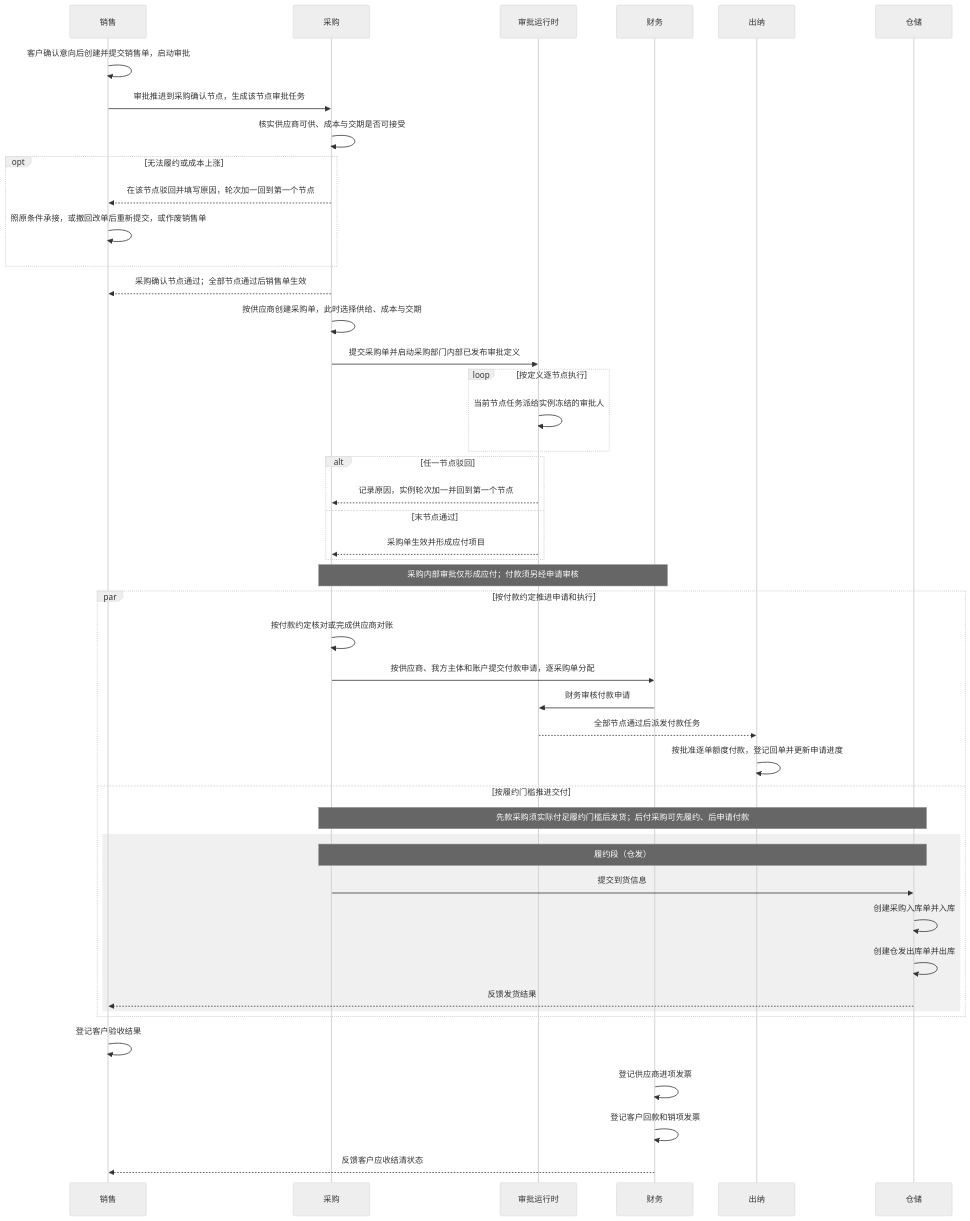
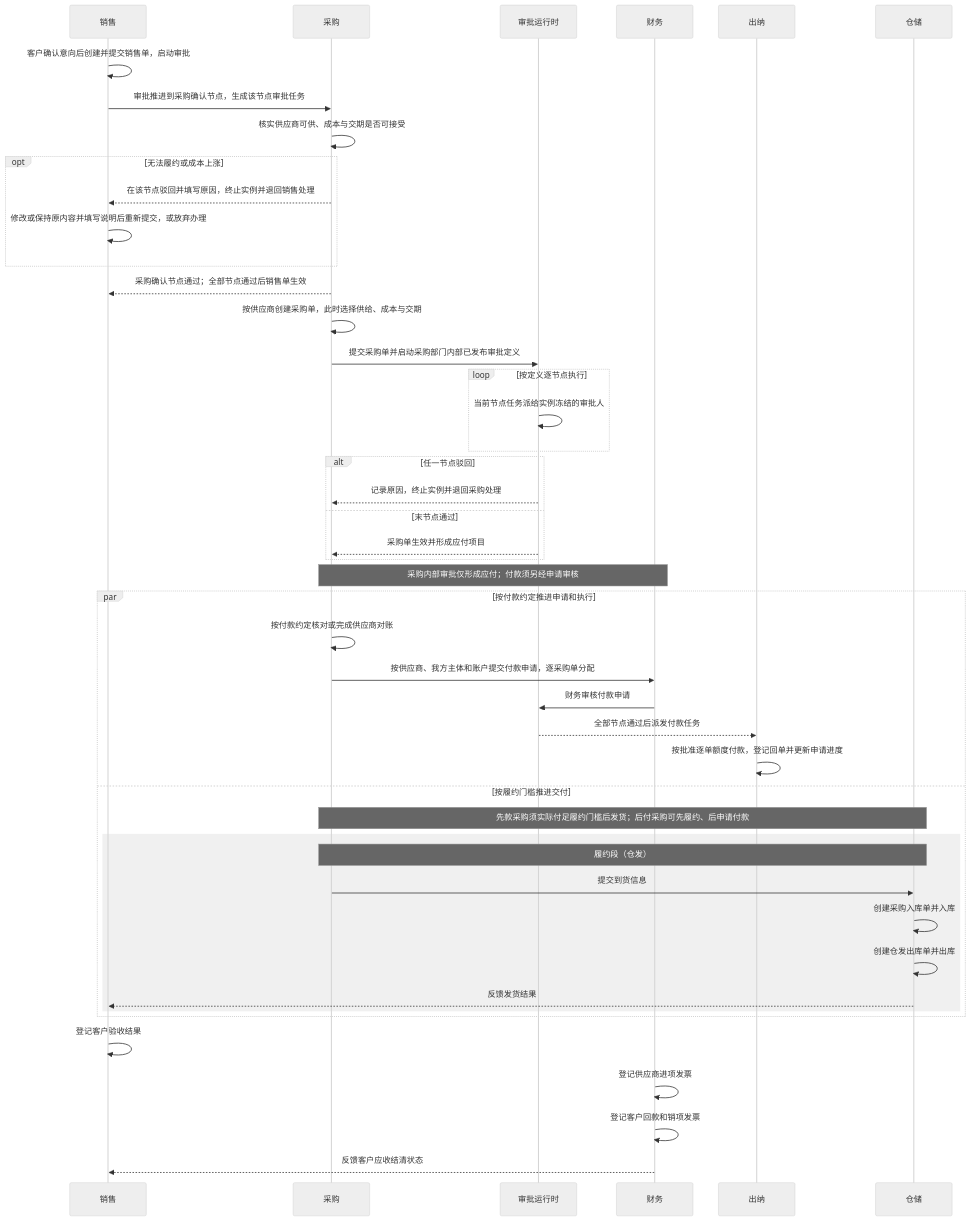
The eighth of 11 diagrams in docs/erp-phase-1.md (mztlive/erp), drawn with Mermaid (neutral theme) before and after one commit. The commit also changed other lines of this file and 329 other files, not shown here.

````diff
--- a/docs/erp-phase-1.md
+++ b/docs/erp-phase-1.md
@@ -878,51 +880,51 @@
 ```mermaid
 sequenceDiagram
   participant 销售
   participant 采购
   participant 审批运行时
   participant 财务
   participant 出纳
   participant 仓储
 
   销售->>销售: 客户确认意向后创建并提交销售单，启动审批
   销售->>采购: 审批推进到采购确认节点，生成该节点审批任务
   采购->>采购: 核实供应商可供、成本与交期是否可接受
   opt 无法履约或成本上涨
-    采购-->>销售: 在该节点驳回并填写原因，轮次加一回到第一个节点
-    销售->>销售: 照原条件承接，或撤回改单后重新提交，或作废销售单
+    采购-->>销售: 在该节点驳回并填写原因，终止实例并退回销售处理
+    销售->>销售: 修改或保持原内容并填写说明后重新提交，或放弃办理
   end
   采购-->>销售: 采购确认节点通过；全部节点通过后销售单生效
   采购->>采购: 按供应商创建采购单，此时选择供给、成本与交期
   采购->>审批运行时: 提交采购单并启动采购部门内部已发布审批定义
   loop 按定义逐节点执行
     审批运行时->>审批运行时: 当前节点任务派给实例冻结的审批人
   end
   alt 任一节点驳回
-    审批运行时-->>采购: 记录原因，实例轮次加一并回到第一个节点
+    审批运行时-->>采购: 记录原因，终止实例并退回采购处理
   else 末节点通过
     审批运行时-->>采购: 采购单生效并形成应付项目
   end
   Note over 采购,财务: 采购内部审批仅形成应付；付款须另经申请审核
   par 按付款约定推进申请和执行
   采购->>采购: 按付款约定核对或完成供应商对账
   采购->>财务: 按供应商、我方主体和账户提交付款申请，逐采购单分配
   财务->>审批运行时: 财务审核付款申请
   审批运行时-->>出纳: 全部节点通过后派发付款任务
   出纳->>出纳: 按批准逐单额度付款，登记回单并更新申请进度
   and 按履约门槛推进交付
   Note over 采购,仓储: 先款采购须实际付足履约门槛后发货；后付采购可先履约、后申请付款
 
   rect rgb(240, 240, 240)
     Note over 采购,仓储: 履约段（仓发）
     采购->>仓储: 提交到货信息
     仓储->>仓储: 创建采购入库单并入库
     仓储->>仓储: 创建仓发出库单并出库
     仓储-->>销售: 反馈发货结果
   end
   end
 
   销售->>销售: 登记客户验收结果
   财务->>财务: 登记供应商进项发票
   财务->>财务: 登记客户回款和销项发票
   财务-->>销售: 反馈客户应收结清状态
 ```
````
